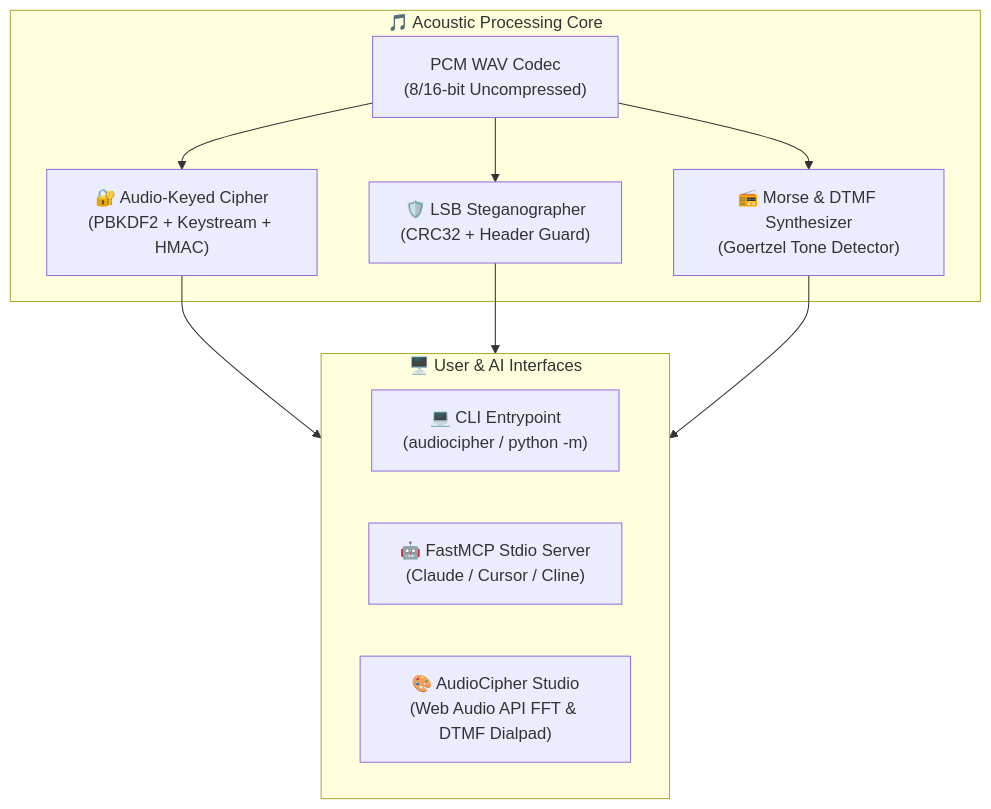
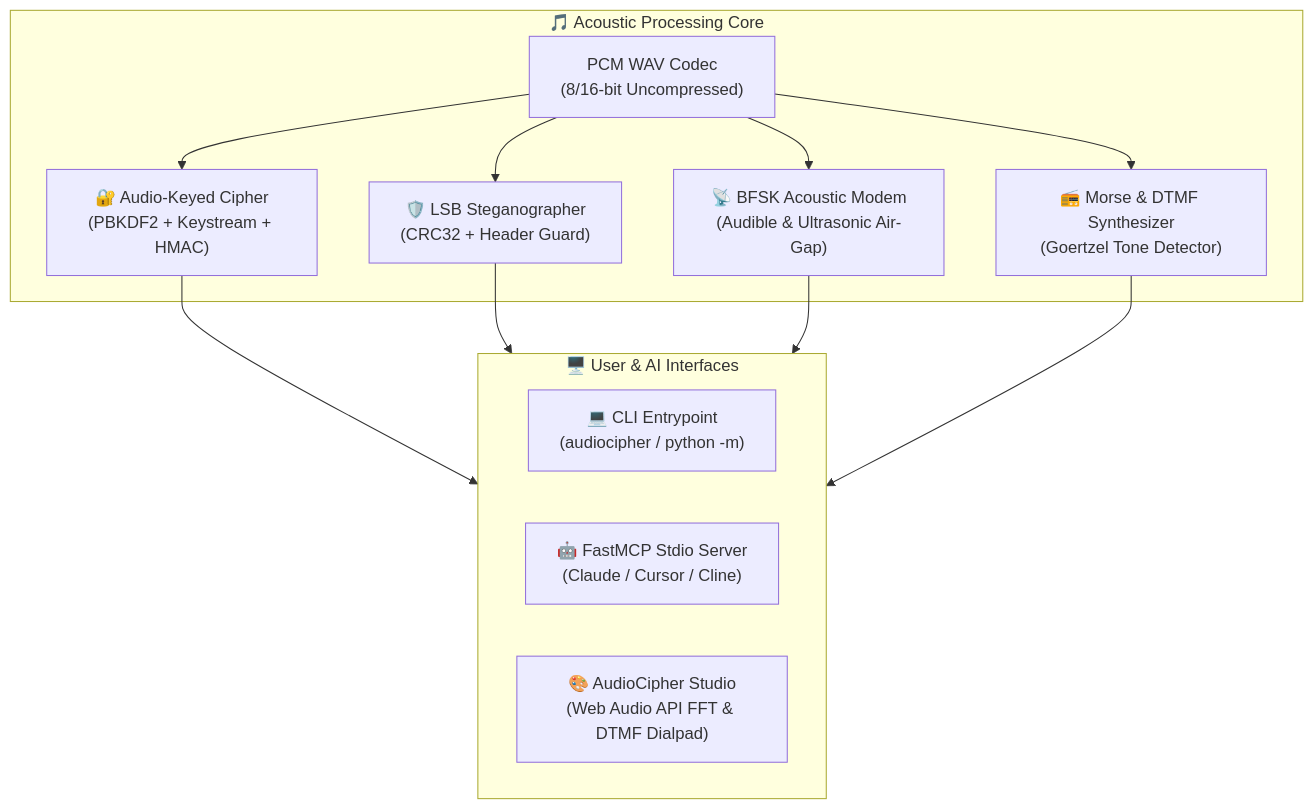
Before and after one commit to 1nc0gn30/audiocipher-stego-engine: the diagram in README.md, drawn with Mermaid. The commit also changed other lines of this file and 8 other files, not shown here.

Commit message:
feat: BFSK acoustic modem and ultrasonic data-over-sound transmission (Round 4)

````diff
--- a/README.md
+++ b/README.md
@@ -128,22 +157,25 @@
 ```mermaid
 flowchart TD
     subgraph AudioEngine["🎵 Acoustic Processing Core"]
         Wav["PCM WAV Codec\n(8/16-bit Uncompressed)"]
         Crypto["🔐 Audio-Keyed Cipher\n(PBKDF2 + Keystream + HMAC)"]
         Stego["🛡️ LSB Steganographer\n(CRC32 + Header Guard)"]
+        Modem["📡 BFSK Acoustic Modem\n(Audible & Ultrasonic Air-Gap)"]
         Spectro["📻 Morse & DTMF Synthesizer\n(Goertzel Tone Detector)"]
     end
 
     subgraph Channels["🖥️ User & AI Interfaces"]
         CLI["💻 CLI Entrypoint\n(audiocipher / python -m)"]
         MCP["🤖 FastMCP Stdio Server\n(Claude / Cursor / Cline)"]
         UI["🎨 AudioCipher Studio\n(Web Audio API FFT & DTMF Dialpad)"]
     end
 
     Wav --> Crypto
     Wav --> Stego
+    Wav --> Modem
     Wav --> Spectro
     Crypto --> Channels
     Stego --> Channels
+    Modem --> Channels
     Spectro --> Channels
 ```
````
